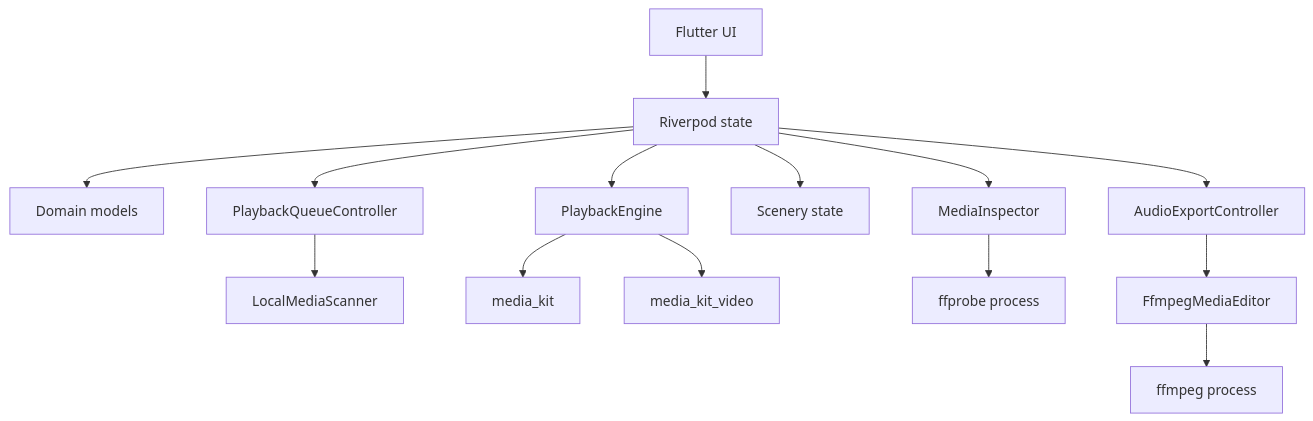
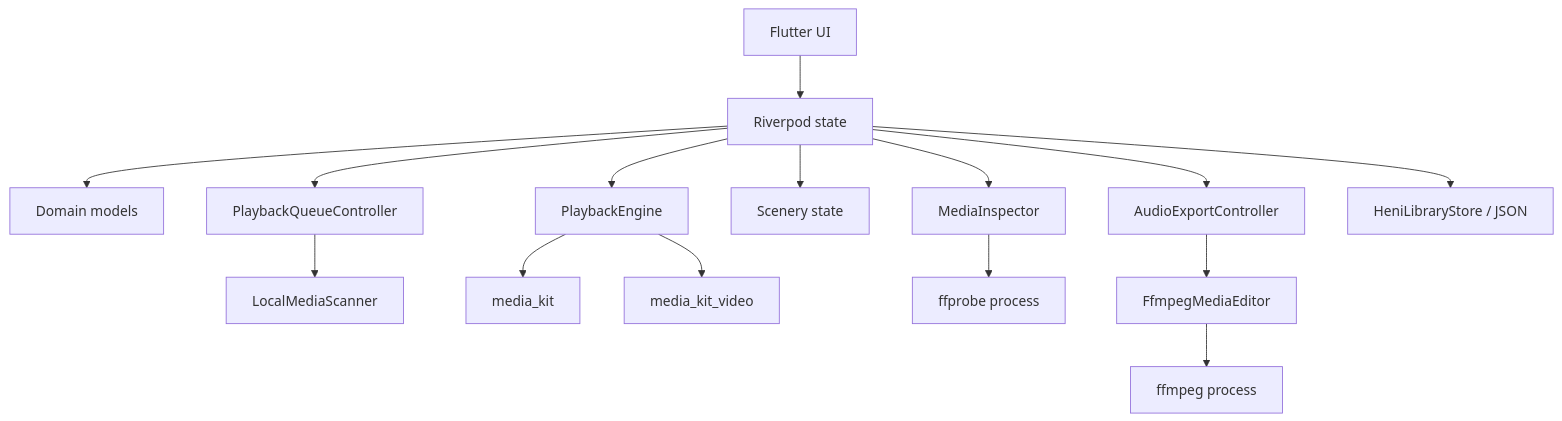
One commit to fhfeishi/heni changed the diagram in docs/architecture.md. Above: the diagram before and after it, drawn with Mermaid. The commit also changed other lines of this file and 15 other files, not shown here.

````diff
--- a/docs/architecture.md
+++ b/docs/architecture.md
@@ -15,16 +17,17 @@
 ```mermaid
 flowchart TD
   UI["Flutter UI"] --> State["Riverpod state"]
   State --> Domain["Domain models"]
   State --> Playback["PlaybackEngine"]
   State --> Queue["PlaybackQueueController"]
   State --> Scenery["Scenery state"]
   State --> Probe["MediaInspector"]
   State --> Export["AudioExportController"]
+  State --> Store["HeniLibraryStore / JSON"]
   Queue --> Scanner["LocalMediaScanner"]
   Playback --> MediaKit["media_kit"]
   Playback --> Video["media_kit_video"]
   Probe --> FFprobe["ffprobe process"]
   Export --> Editor["FfmpegMediaEditor"]
   Editor --> FFmpeg["ffmpeg process"]
 ```
````
